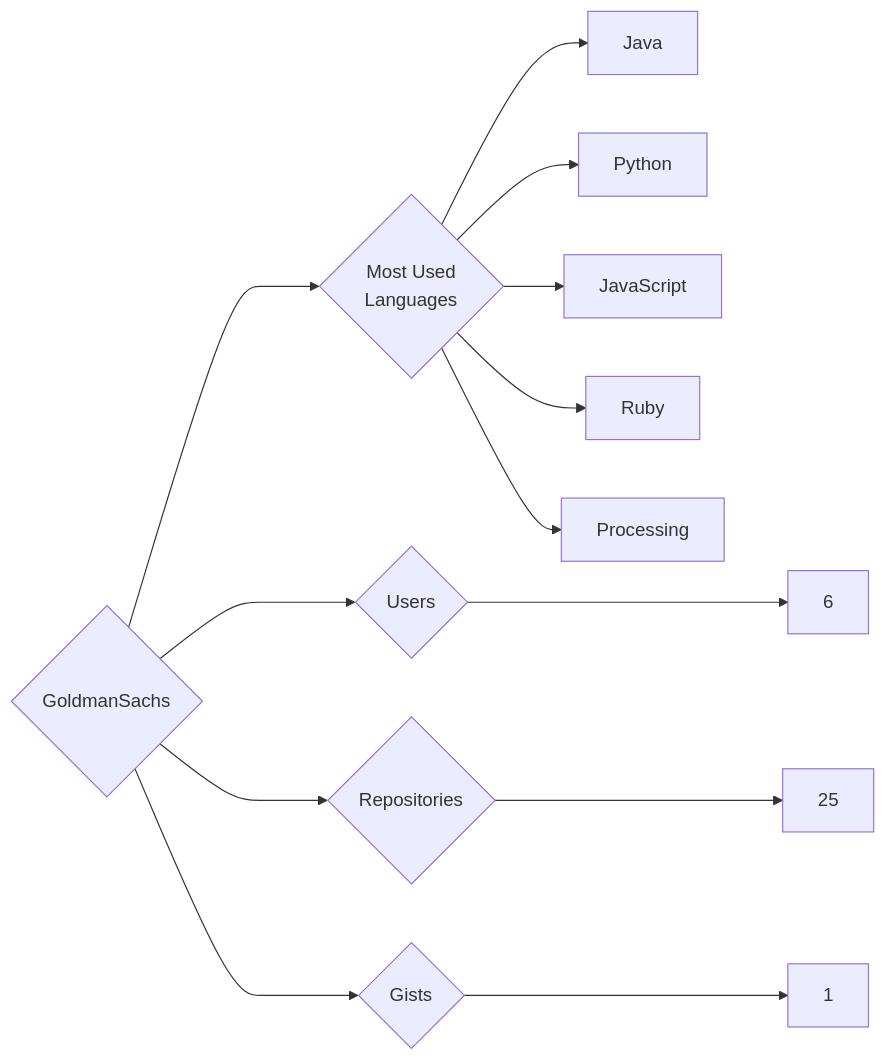
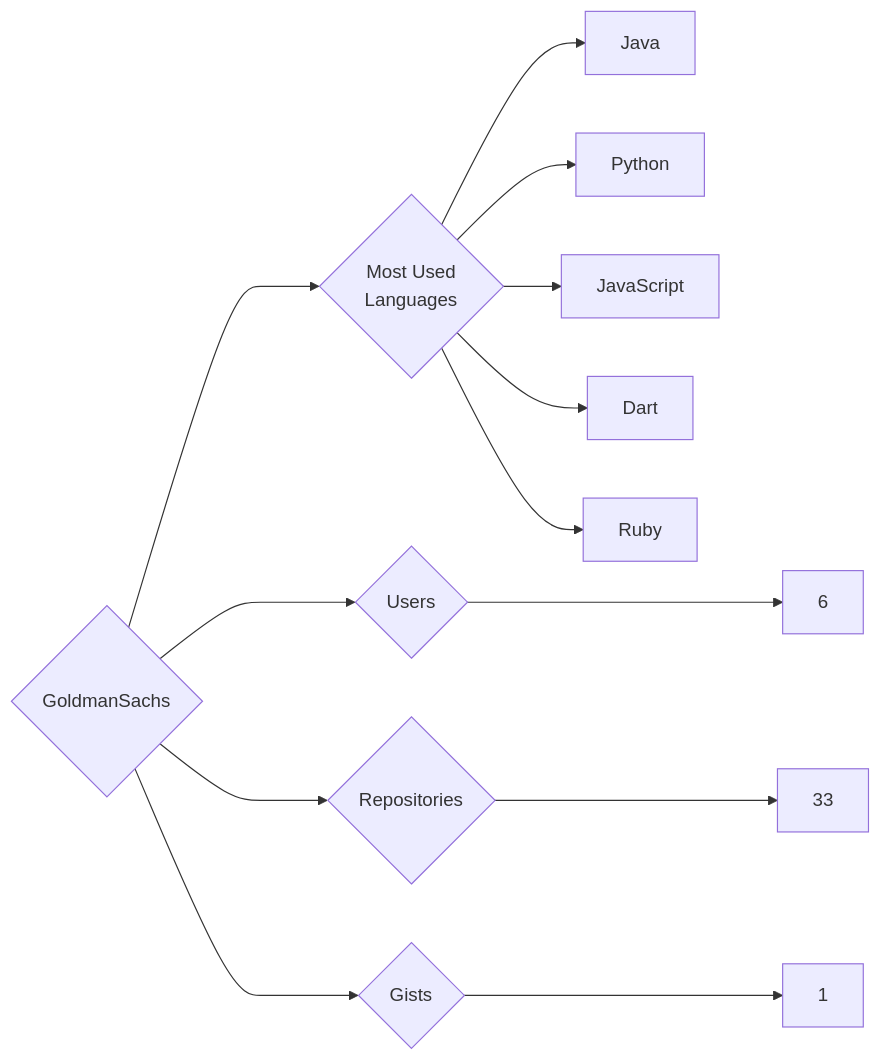
One commit to trickest/insiders changed the diagram in targets/GoldmanSachs/README.md. Above: the diagram before and after it, drawn with Mermaid. The commit also changed 1088 other files, not shown here.

````diff
--- a/targets/GoldmanSachs/README.md
+++ b/targets/GoldmanSachs/README.md
@@ -3,13 +3,13 @@
 ```mermaid
 graph LR
 COMPANY_NAME{GoldmanSachs}
 COMPANY_NAME ---> U{Users} ---> UN[6]
-COMPANY_NAME ---> R{Repositories} ---> RN[25]
+COMPANY_NAME ---> R{Repositories} ---> RN[33]
 COMPANY_NAME ---> G{Gists} ---> GN[1]
 COMPANY_NAME ---> ML{Most Used<br>Languages}
 ML --> Java[Java]
 ML --> Python[Python]
 ML --> JavaScript[JavaScript]
+ML --> Dart[Dart]
 ML --> Ruby[Ruby]
-ML --> Processing[Processing]
 ```
````
